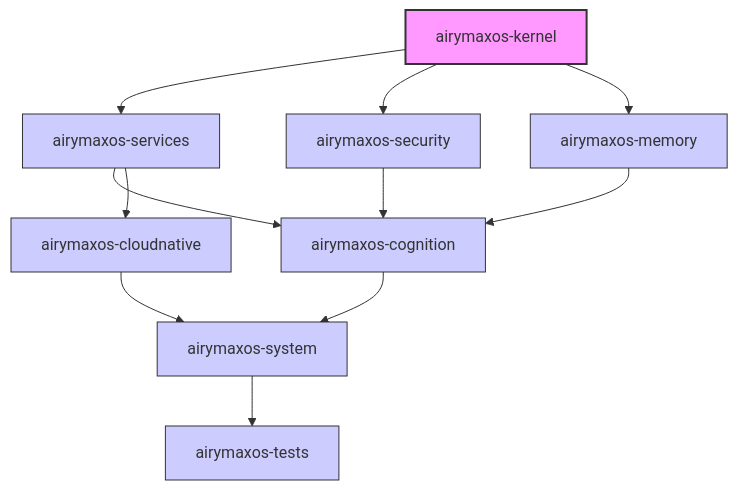
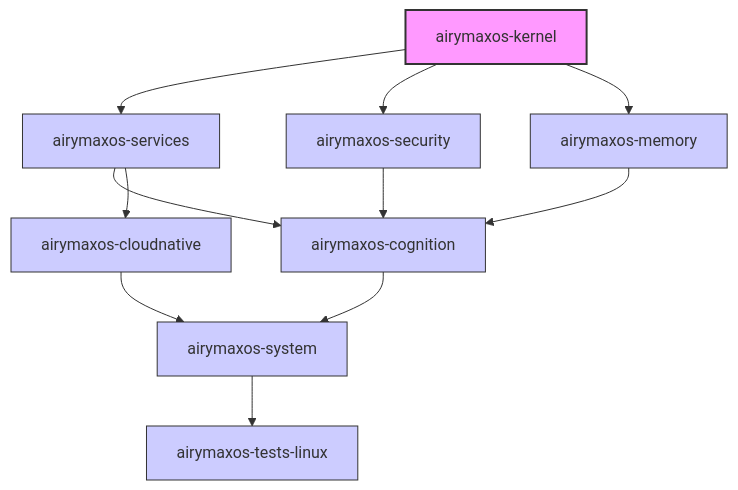
Before and after one commit to openairymax/docs: the first of 2 diagrams in AirymaxOS/50-engineering-standards/50-project-erp/manuals_module_requirements.md, drawn with Mermaid. The commit also changed other lines of this file and 75 other files, not shown here.

````diff
--- a/AirymaxOS/50-engineering-standards/50-project-erp/manuals_module_requirements.md
+++ b/AirymaxOS/50-engineering-standards/50-project-erp/manuals_module_requirements.md
@@ -25,18 +25,18 @@
 ```mermaid
 graph TB
     A[airymaxos-kernel] --> B[airymaxos-services]
     A --> C[airymaxos-security]
     A --> D[airymaxos-memory]
     B --> E[airymaxos-cognition]
     B --> F[airymaxos-cloudnative]
     C --> E
     D --> E
     E --> G[airymaxos-system]
     F --> G
-    G --> H[airymaxos-tests]
+    G --> H[airymaxos-tests-linux]
     
     classDef kernel fill:#f9f,stroke:#333,stroke-width:2px;
     classDef module fill:#ccf,stroke:#333,stroke-width:1px;
     class A kernel;
     class B,C,D,E,F,G,H module;
 ```
````
